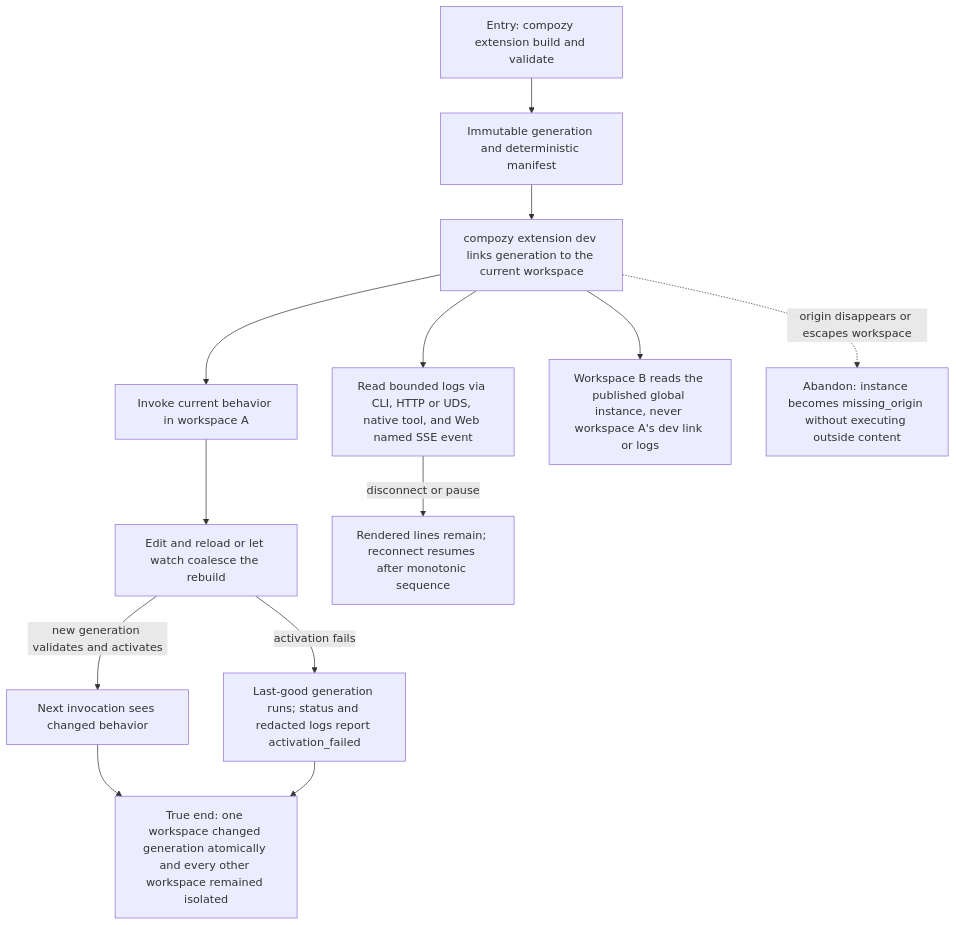
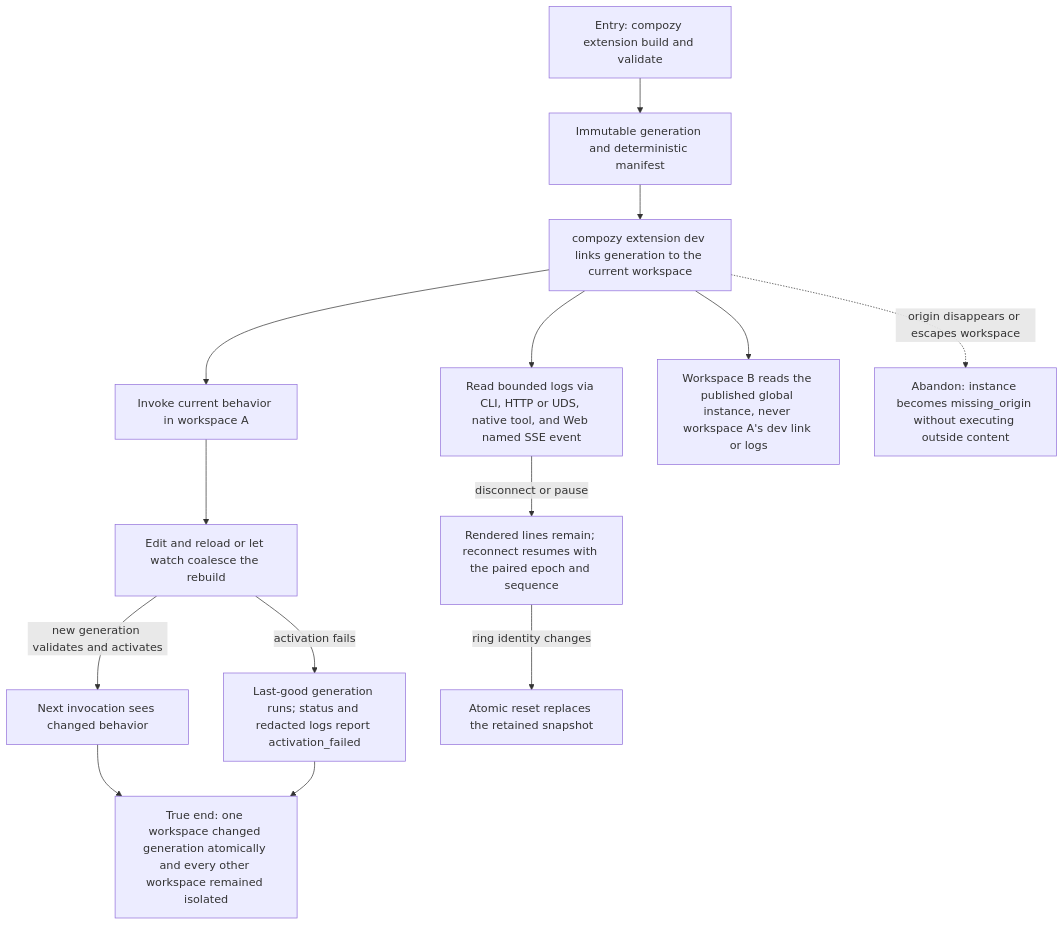
One commit to compozy/compozy changed the diagram in docs/qa/journeys/J-extension-dev-lifecycle.md. Above: the diagram before and after it, drawn with Mermaid. The commit also changed other lines of this file and 7 other files, not shown here.

````diff
--- a/docs/qa/journeys/J-extension-dev-lifecycle.md
+++ b/docs/qa/journeys/J-extension-dev-lifecycle.md
@@ -7,15 +7,16 @@
 ```mermaid
 flowchart TD
   A[Entry: compozy extension build and validate] --> B[Immutable generation and deterministic manifest]
   B --> C[compozy extension dev links generation to the current workspace]
   C --> D[Invoke current behavior in workspace A]
   D --> E[Edit and reload or let watch coalesce the rebuild]
   E -->|new generation validates and activates| F[Next invocation sees changed behavior]
   E -->|activation fails| F1[Last-good generation runs; status and redacted logs report activation_failed]
   C --> G[Read bounded logs via CLI, HTTP or UDS, native tool, and Web named SSE event]
-  G -->|disconnect or pause| G1[Rendered lines remain; reconnect resumes after monotonic sequence]
+  G -->|disconnect or pause| G1[Rendered lines remain; reconnect resumes with the paired epoch and sequence]
+  G1 -->|ring identity changes| G2[Atomic reset replaces the retained snapshot]
   C --> H[Workspace B reads the published global instance, never workspace A's dev link or logs]
   C -.->|origin disappears or escapes workspace| X1[Abandon: instance becomes missing_origin without executing outside content]
   F --> Z[True end: one workspace changed generation atomically and every other workspace remained isolated]
   F1 --> Z
 ```
````
